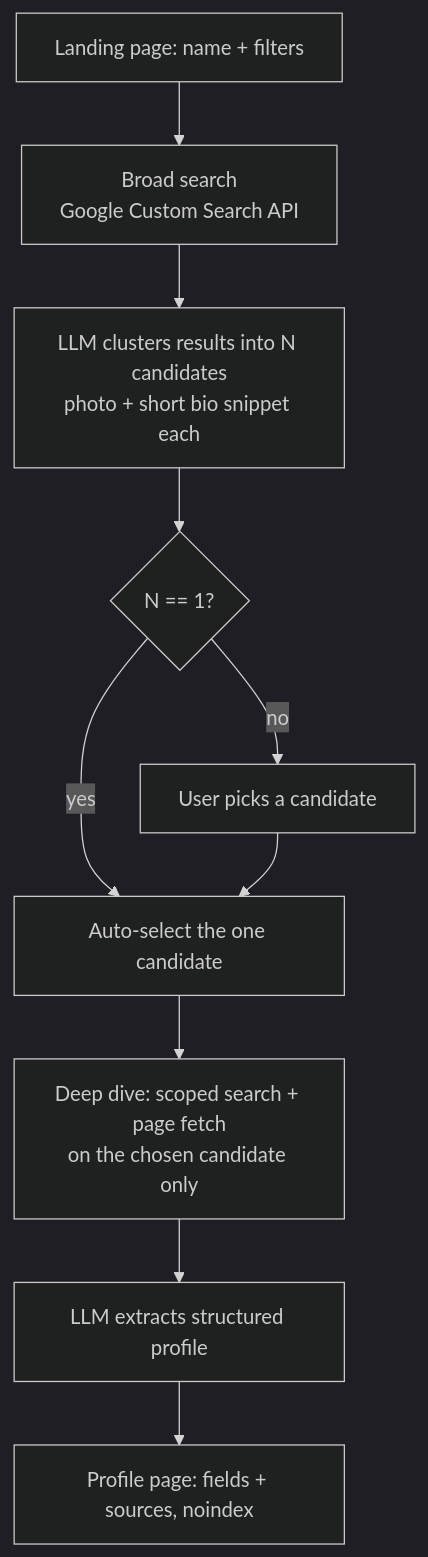
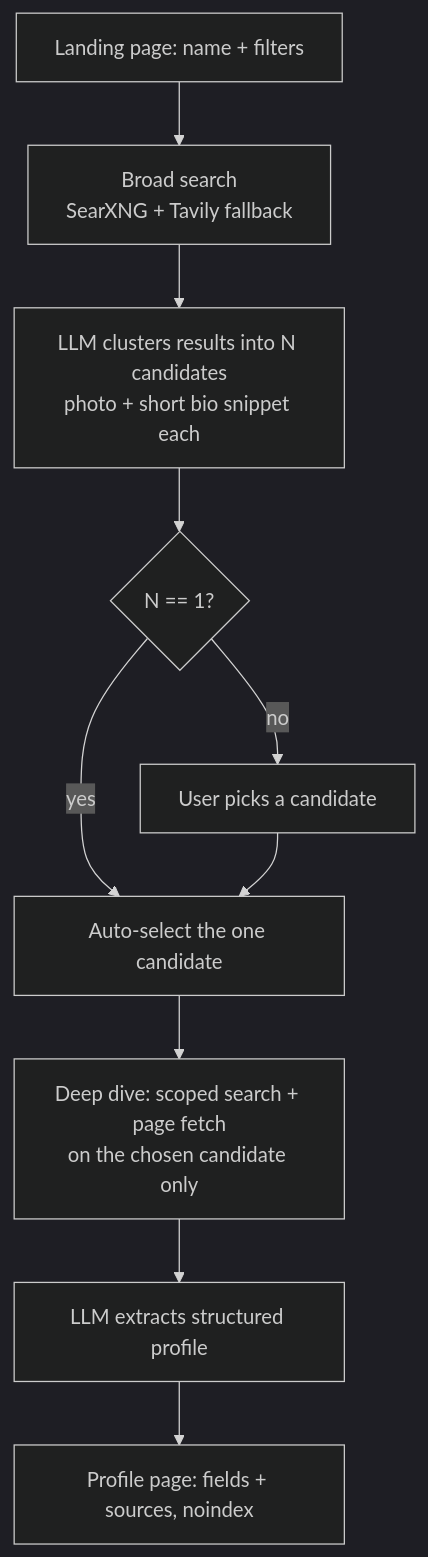
The diagram in docs/CONCEPT.md (rafimaliki/who-is), drawn with Mermaid (dark theme) before and after one commit. The commit also changed other lines of this file and 4 other files, not shown here.

````diff
--- a/docs/CONCEPT.md
+++ b/docs/CONCEPT.md
@@ -18,12 +18,12 @@
 ```mermaid
 flowchart TD
-    A[Landing page: name + filters] --> B[Broad search<br/>Google Custom Search API]
+    A[Landing page: name + filters] --> B[Broad search<br/>SearXNG + Tavily fallback]
     B --> C[LLM clusters results into N candidates<br/>photo + short bio snippet each]
     C --> D{N == 1?}
     D -- yes --> F[Auto-select the one candidate]
     D -- no --> E[User picks a candidate]
     E --> F
     F --> G[Deep dive: scoped search + page fetch<br/>on the chosen candidate only]
     G --> H[LLM extracts structured profile]
     H --> I[Profile page: fields + sources, noindex]
 ```
````
